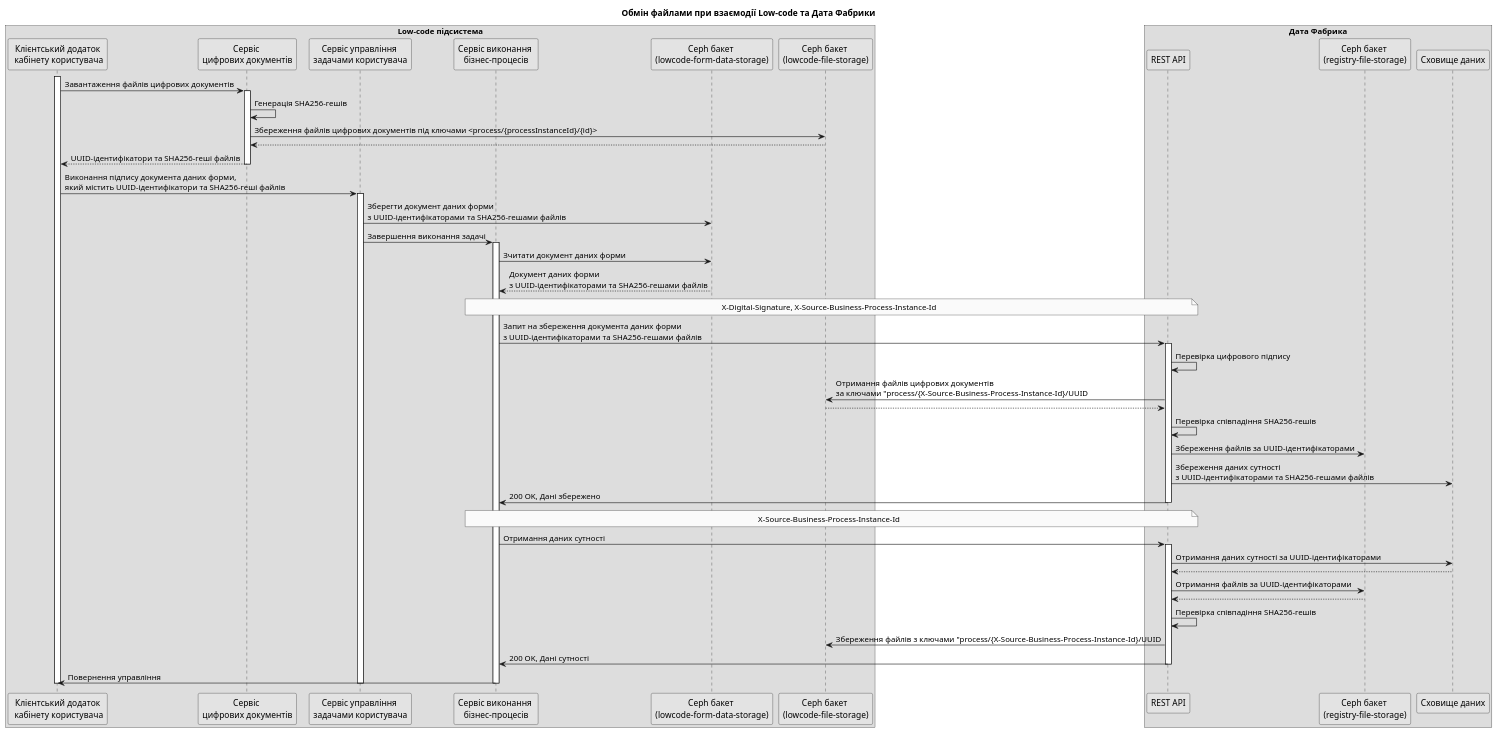
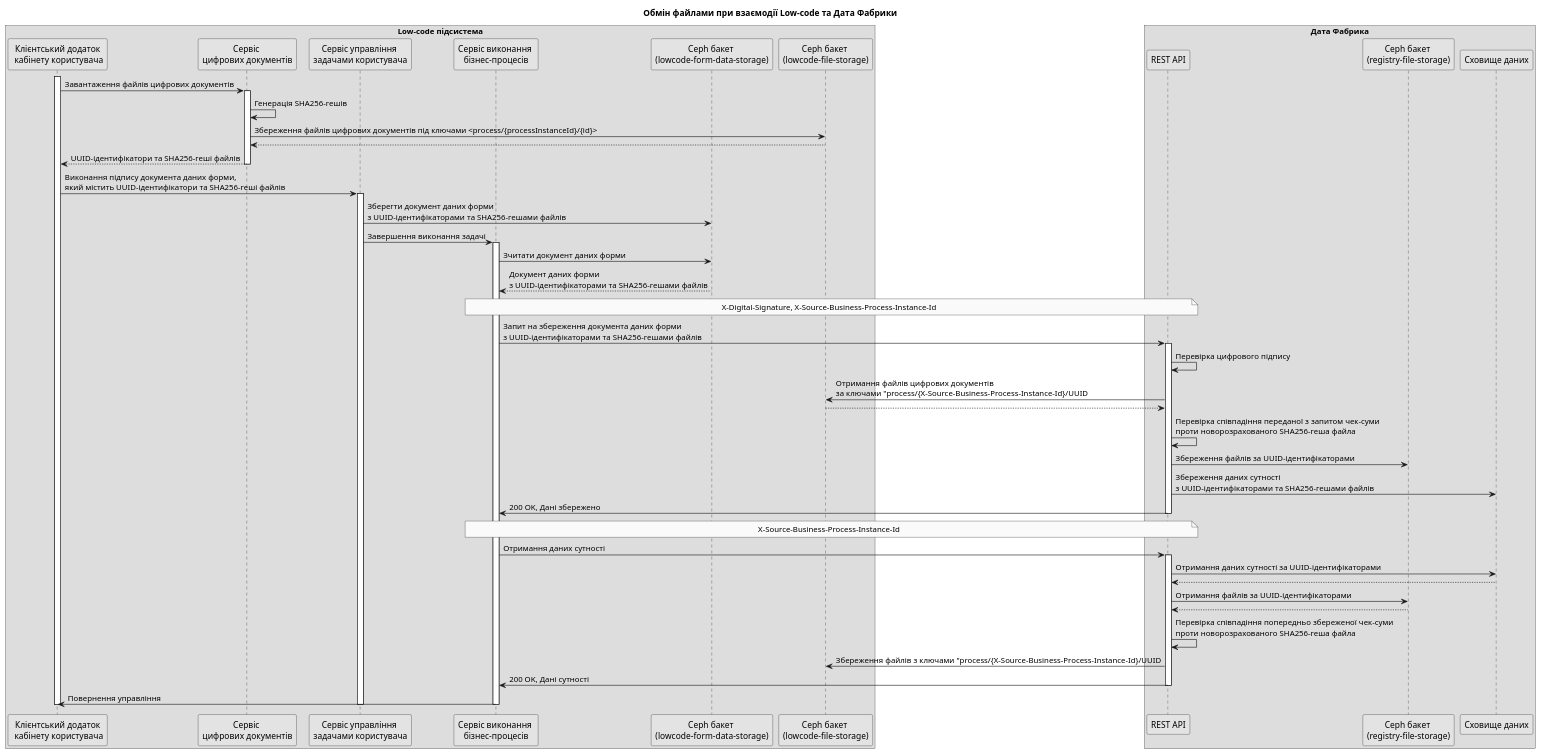
One commit to epam/edp-ddm-architecture changed the diagram in modules/ROOT/partials/lowcode/digital-documents-exchange.puml. Above: the diagram before and after it, drawn with PlantUML. The commit also changed 4 other files, not shown here.

```diff
--- a/modules/ROOT/partials/lowcode/digital-documents-exchange.puml
+++ b/modules/ROOT/partials/lowcode/digital-documents-exchange.puml
@@ -1,66 +1,66 @@
 @startuml
 skinparam monochrome true
 skinparam responseMessageBelowArrow true
 
 box Low-code підсистема
   participant "Клієнтський додаток\n кабінету користувача" as cabinet
   participant "Сервіс \nцифрових документів" as digital_documents
   participant "Сервіс управління \nзадачами користувача" as user_task_mngmnt
   participant "Сервіс виконання \nбізнес-процесів" as bpms
   participant "Ceph бакет \n(lowcode-form-data-storage)" as lowcode_form_data_ceph
   participant "Ceph бакет \n(lowcode-file-storage)" as lowcode_file_ceph
 end box
 
 box Дата Фабрика
   participant "REST API" as data_factory
   participant "Ceph бакет \n(registry-file-storage)" as data_file_ceph
   participant "Сховище даних" as citus
 end box
 
 title Обмін файлами при взаємодії Low-code та Дата Фабрики
 
 activate cabinet
   cabinet -> digital_documents: Завантаження файлів цифрових документів
   activate digital_documents
     digital_documents -> digital_documents: Генерація SHA256-гешів
     digital_documents -> lowcode_file_ceph: Збереження файлів цифрових документів під ключами <process/{processInstanceId}/{id}>
     lowcode_file_ceph --> digital_documents:
     digital_documents --> cabinet: UUID-ідентифікатори та SHA256-геші файлів
   deactivate digital_documents
 
   cabinet -> user_task_mngmnt: Виконання підпису документа даних форми, \nякий містить UUID-ідентифікатори та SHA256-геші файлів
   activate user_task_mngmnt
     user_task_mngmnt -> lowcode_form_data_ceph: Зберегти документ даних форми \nз UUID-ідентифікаторами та SHA256-гешами файлів
     user_task_mngmnt -> bpms: Завершення виконання задачі
     activate bpms
       bpms -> lowcode_form_data_ceph: Зчитати документ даних форми
       lowcode_form_data_ceph --> bpms: Документ даних форми \nз UUID-ідентифікаторами та SHA256-гешами файлів
       note over bpms, data_factory: X-Digital-Signature, X-Source-Business-Process-Instance-Id
       bpms -> data_factory: Запит на збереження документа даних форми \nз UUID-ідентифікаторами та SHA256-гешами файлів
       activate data_factory
         data_factory -> data_factory: Перевірка цифрового підпису
         data_factory -> lowcode_file_ceph: Отримання файлів цифрових документів \nза ключами "process/{X-Source-Business-Process-Instance-Id}/UUID
         lowcode_file_ceph --> data_factory
-        data_factory -> data_factory: Перевірка співпадіння SHA256-гешів
+        data_factory -> data_factory: Перевірка співпадіння переданої з запитом чек-суми \nпроти новорозрахованого SHA256-геша файла
         data_factory -> data_file_ceph: Збереження файлів за UUID-ідентифікаторами
         data_factory -> citus: Збереження даних сутності \nз UUID-ідентифікаторами та SHA256-гешами файлів
         data_factory -> bpms: 200 OK, Дані збережено
       deactivate data_factory
 
       note over bpms, data_factory: X-Source-Business-Process-Instance-Id
       bpms -> data_factory: Отримання даних сутності
       activate data_factory
         data_factory -> citus: Отримання даних сутності за UUID-ідентифікаторами
         citus --> data_factory
         data_factory -> data_file_ceph: Отримання файлів за UUID-ідентифікаторами
         data_file_ceph --> data_factory
-        data_factory -> data_factory: Перевірка співпадіння SHA256-гешів
+        data_factory -> data_factory: Перевірка співпадіння попередньо збереженої чек-суми \nпроти новорозрахованого SHA256-геша файла
         data_factory -> lowcode_file_ceph: Збереження файлів з ключами "process/{X-Source-Business-Process-Instance-Id}/UUID
         data_factory -> bpms: 200 OK, Дані сутності
       deactivate data_factory
       bpms -> cabinet: Повернення управління
     deactivate bpms
   deactivate user_task_mngmnt
 deactivate cabinet
 
 @enduml
```
